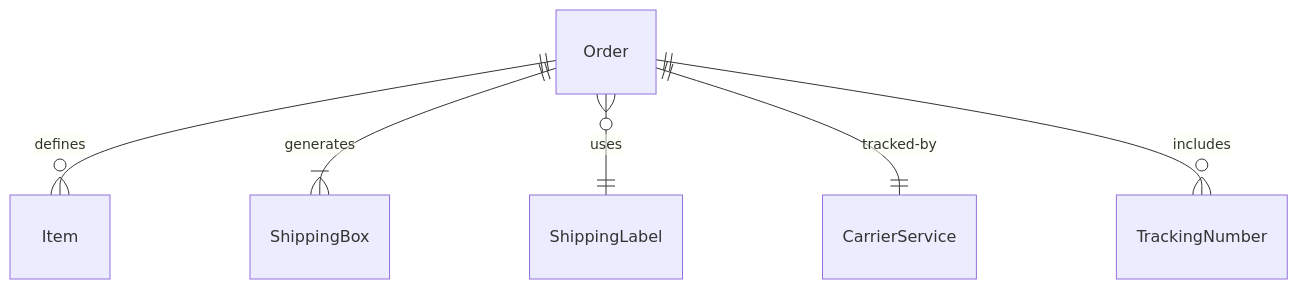
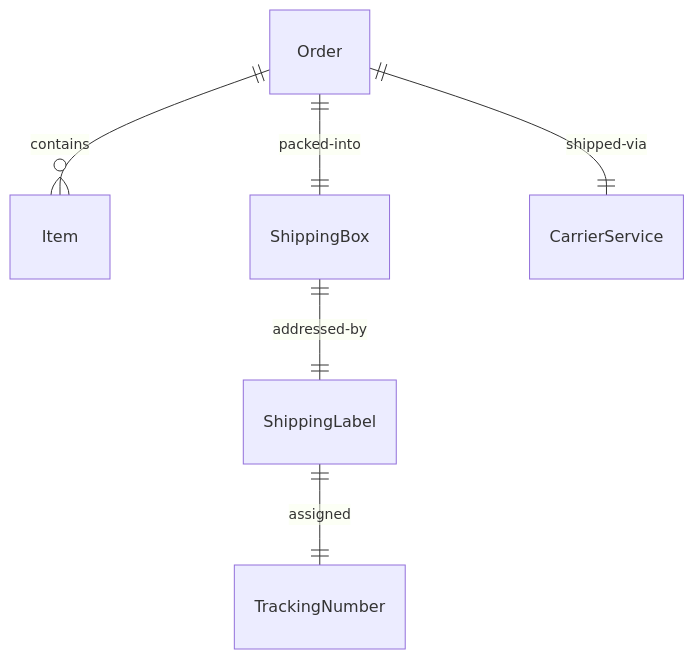
Before and after one commit to dot-org-ai/tasks.org.ai: the first of 4 diagrams in HandlingAndMovingObjects/PackageObjects/PackageObjectsShipping.mdx, drawn with Mermaid. The commit also changed other lines of this file and 515 other files, not shown here.

````diff
--- a/HandlingAndMovingObjects/PackageObjects/PackageObjectsShipping.mdx
+++ b/HandlingAndMovingObjects/PackageObjects/PackageObjectsShipping.mdx
@@ -89,8 +89,8 @@
 ```mermaid
 erDiagram
-    Order ||--o{ Item : "defines"
-    Order ||--|{ ShippingBox : "generates"
-    Order }o--|| ShippingLabel : "uses"
-    Order ||--|| CarrierService : "tracked-by"
-    Order ||--o{ TrackingNumber : "includes"
+    Order ||--o{ Item : "contains"
+    Order ||--|| ShippingBox : "packed-into"
+    ShippingBox ||--|| ShippingLabel : "addressed-by"
+    Order ||--|| CarrierService : "shipped-via"
+    ShippingLabel ||--|| TrackingNumber : "assigned"
 ```
````
